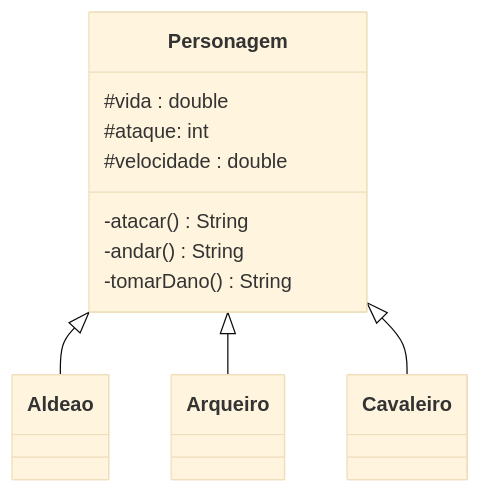
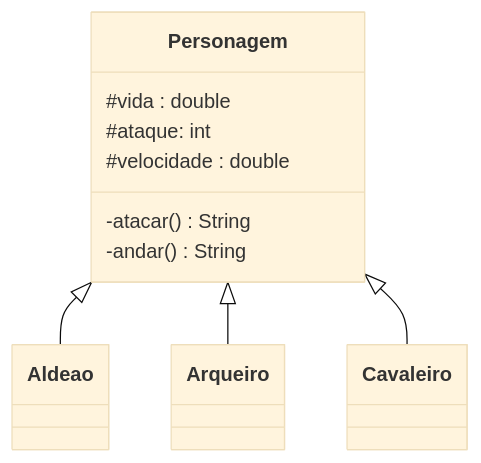
Before and after one commit to ThaysMariano/POO_IFSC: the diagram in Java of Empires/UML.md, drawn with Mermaid (base theme). The commit also changed 11 other files, not shown here.

````diff
--- a/Java of Empires/UML.md
+++ b/Java of Empires/UML.md
@@ -3,37 +3,36 @@
 ```mermaid
 
 classDiagram
     
     Personagem <|-- Aldeao
     Personagem <|-- Arqueiro
     Personagem <|-- Cavaleiro
     
     
     class Personagem{
         #vida : double
         #ataque: int
         #velocidade : double
         
         -atacar() String
         -andar() String
-        -tomarDano() String
         
     }
         
     class Aldeao{
         
         
     }   
     
     class Arqueiro{
         
     }
         
     class Cavaleiro{
         
     }    
         
         
 
 
 ```
````
